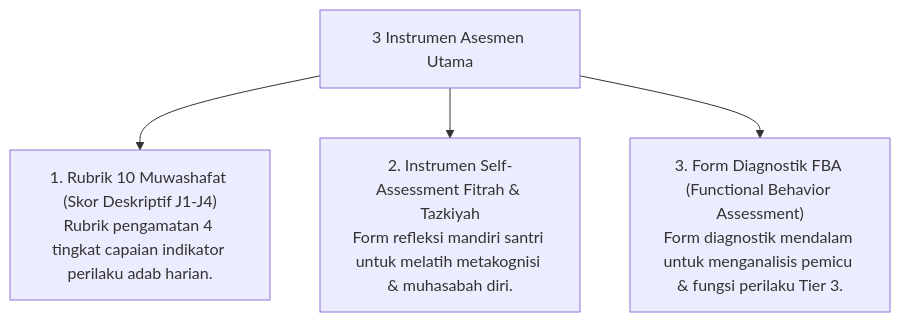
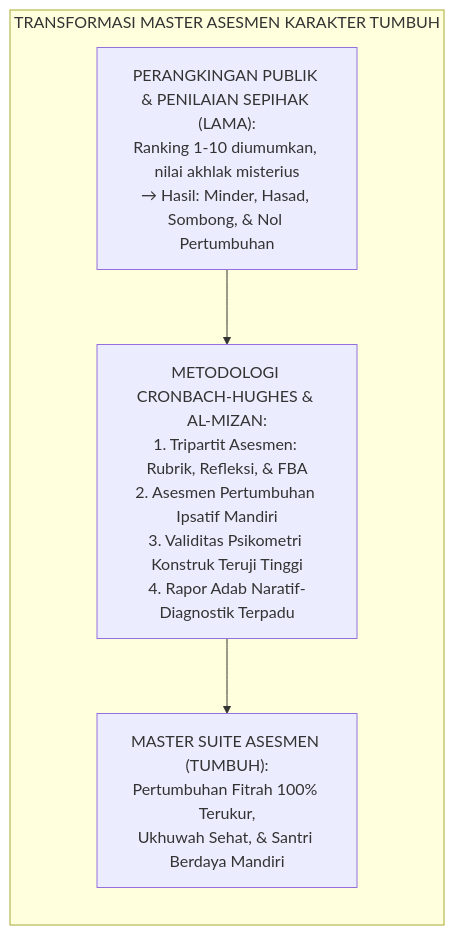
Before and after one commit to wandiapriliyandi/tumbuh: the first of 2 diagrams in 11 Tools/01 Assessment Tools/P11-01-Instrumen-Asesmen-Karakter.md, drawn with Mermaid. The commit also changed other lines of this file and 3 other files, not shown here.

Commit message:
docs(11-tools): complete all 4 research monographs for 01 Assessment Tools

````diff
--- a/11 Tools/01 Assessment Tools/P11-01-Instrumen-Asesmen-Karakter.md
+++ b/11 Tools/01 Assessment Tools/P11-01-Instrumen-Asesmen-Karakter.md
@@ -14,7 +28,7 @@
 ```mermaid
-graph TD
-    AssessToolsMap["3 Instrumen Asesmen Utama"]
-    AssessToolsMap --> RubrikMuwashafat["1. Rubrik 10 Muwashafat (Skor Deskriptif J1-J4)<br/>Rubrik pengamatan 4 tingkat capaian indikator perilaku adab harian."]
-    AssessToolsMap --> SelfFitrah["2. Instrumen Self-Assessment Fitrah & Tazkiyah<br/>Form refleksi mandiri santri untuk melatih metakognisi & muhasabah diri."]
-    AssessToolsMap --> FBADiagnostic["3. Form Diagnostik FBA (Functional Behavior Assessment)<br/>Form diagnostik mendalam untuk menganalisis pemicu & fungsi perilaku Tier 3."]
+flowchart LR
+    subgraph AssessmentMasterTransformation["TRANSFORMASI MASTER ASESMEN KARAKTER TUMBUH"]
+        Ranking["PERANGKINGAN PUBLIK & PENILAIAN SEPIHAK (LAMA):<br/>Ranking 1-10 diumumkan, nilai akhlak misterius<br/>→ Hasil: Minder, Hasad, Sombong, & Nol Pertumbuhan"] --> Shift["METODOLOGI CRONBACH-HUGHES & AL-MIZAN:<br/>1. Tripartit Asesmen: Rubrik, Refleksi, & FBA<br/>2. Asesmen Pertumbuhan Ipsatif Mandiri<br/>3. Validitas Psikometri Konstruk Teruji Tinggi<br/>4. Rapor Adab Naratif-Diagnostik Terpadu"]
+        Shift --> Holistic["MASTER SUITE ASESMEN (TUMBUH):<br/>Pertumbuhan Fitrah 100% Terukur,<br/>Ukhuwah Sehat, & Santri Berdaya Mandiri"]
+    end
 ```
````
